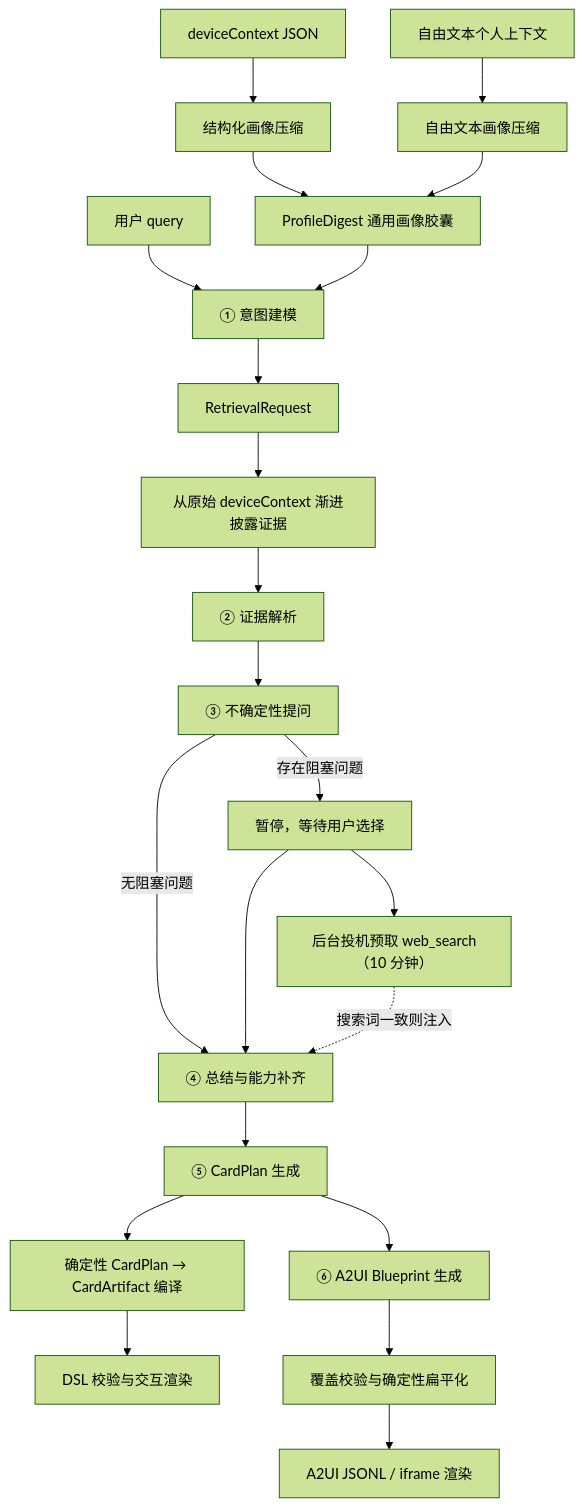
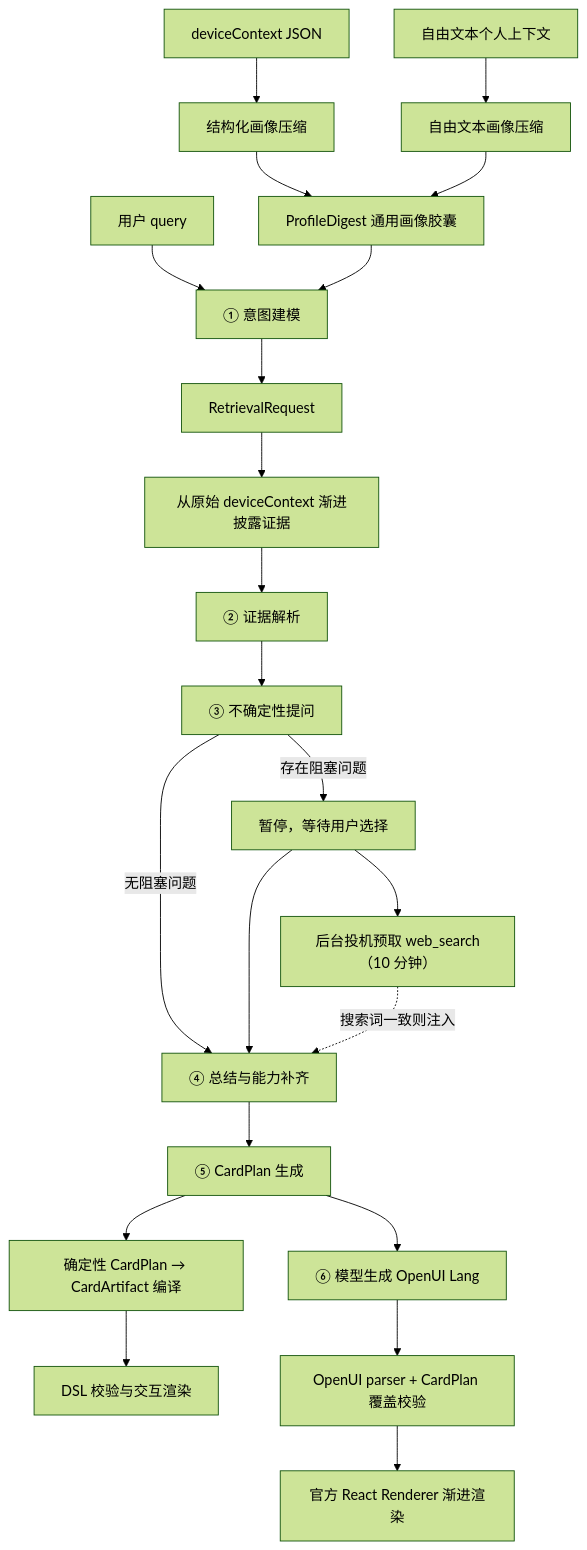
The diagram in docs/CURRENT-PIPELINE.md (sxd722/cot-genui), drawn with Mermaid (forest theme) before and after one commit. The commit also changed other lines of this file and 20 other files, not shown here.

Commit message:
Add Groq-backed streaming multi-card OpenUI

````diff
--- a/docs/CURRENT-PIPELINE.md
+++ b/docs/CURRENT-PIPELINE.md
@@ -34,31 +34,31 @@
 ```mermaid
 flowchart TD
   Q["用户 query"]
   J["deviceContext JSON"]
   F["自由文本个人上下文"]
 
   J --> P1["结构化画像压缩"]
   F --> P2["自由文本画像压缩"]
   P1 --> PD["ProfileDigest 通用画像胶囊"]
   P2 --> PD
 
   Q --> S1["① 意图建模"]
   PD --> S1
   S1 --> R["RetrievalRequest"]
   R --> RET["从原始 deviceContext 渐进披露证据"]
   RET --> S2["② 证据解析"]
   S2 --> S3["③ 不确定性提问"]
   S3 -->|"无阻塞问题"| S4["④ 总结与能力补齐"]
   S3 -->|"存在阻塞问题"| PAUSE["暂停，等待用户选择"]
   PAUSE --> PF["后台投机预取 web_search（10 分钟）"]
   PAUSE --> S4
   PF -. "搜索词一致则注入" .-> S4
   S4 --> CP["⑤ CardPlan 生成"]
 
   CP --> DSL["确定性 CardPlan → CardArtifact 编译"]
   DSL --> DV["DSL 校验与交互渲染"]
 
-  CP --> A2["⑥ A2UI Blueprint 生成"]
-  A2 --> AC["覆盖校验与确定性扁平化"]
-  AC --> AV["A2UI JSONL / iframe 渲染"]
+  CP --> OUI["⑥ 模型生成 OpenUI Lang"]
+  OUI --> OC["OpenUI parser + CardPlan 覆盖校验"]
+  OC --> OV["官方 React Renderer 渐进渲染"]
 ```
````
